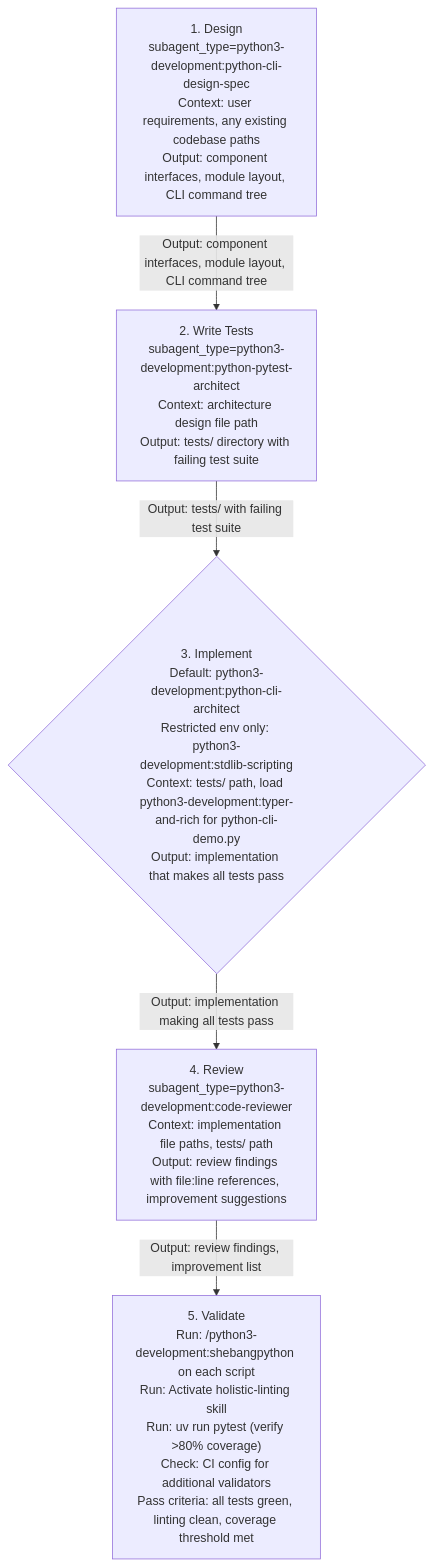
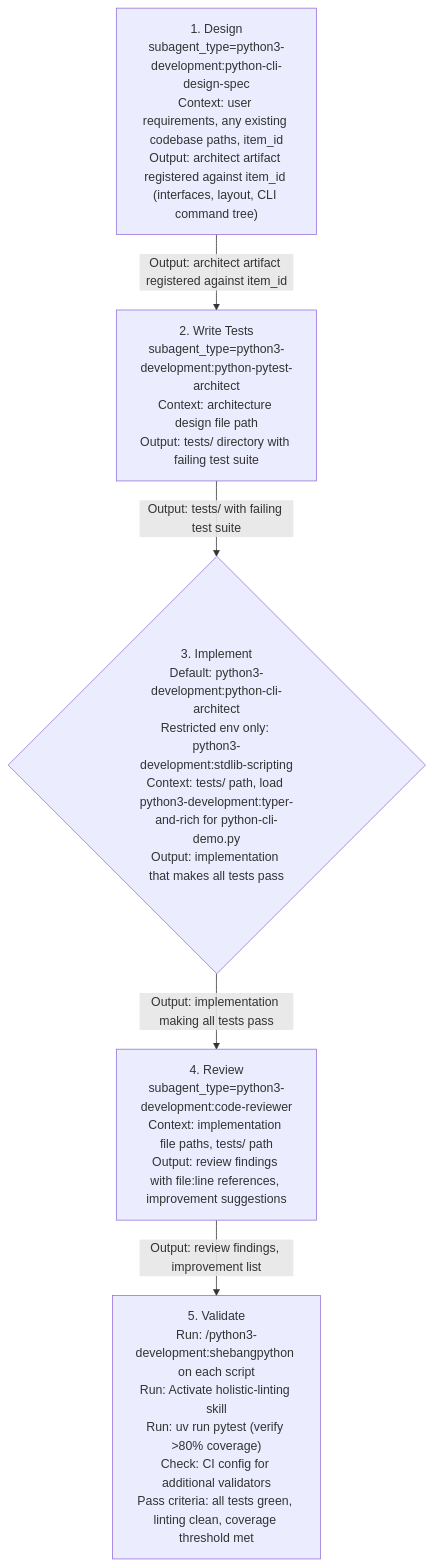
One commit to Jamie-BitFlight/claude_skills changed the first of 6 diagrams in plugins/python3-development/skills/python3-development/references/python-development-orchestration.md. Above: the diagram before and after it, drawn with Mermaid. The commit also changed other lines of this file and 9 other files, not shown here.

First line of the commit message:
fix(python-engineering): resolve item_id before Direct Track architecture-design dispatch (#3193)

````diff
--- a/plugins/python3-development/skills/python3-development/references/python-development-orchestration.md
+++ b/plugins/python3-development/skills/python3-development/references/python-development-orchestration.md
@@ -52,12 +58,12 @@
 ```mermaid
 flowchart TD
-    S1["1. Design<br>subagent_type=python3-development:python-cli-design-spec<br>Context: user requirements, any existing codebase paths<br>Output: component interfaces, module layout, CLI command tree"]
+    S1["1. Design<br>subagent_type=python3-development:python-cli-design-spec<br>Context: user requirements, any existing codebase paths, item_id<br>Output: architect artifact registered against item_id (interfaces, layout, CLI command tree)"]
     S2["2. Write Tests<br>subagent_type=python3-development:python-pytest-architect<br>Context: architecture design file path<br>Output: tests/ directory with failing test suite"]
     S3{"3. Implement<br>Default: python3-development:python-cli-architect<br>Restricted env only: python3-development:stdlib-scripting<br>Context: tests/ path, load python3-development:typer-and-rich for python-cli-demo.py<br>Output: implementation that makes all tests pass"}
     S4["4. Review<br>subagent_type=python3-development:code-reviewer<br>Context: implementation file paths, tests/ path<br>Output: review findings with file:line references, improvement suggestions"]
     S5["5. Validate<br>Run: /python3-development:shebangpython on each script<br>Run: Activate holistic-linting skill<br>Run: uv run pytest (verify >80% coverage)<br>Check: CI config for additional validators<br>Pass criteria: all tests green, linting clean, coverage threshold met"]
-    S1 -->|"Output: component interfaces, module layout, CLI command tree"| S2
+    S1 -->|"Output: architect artifact registered against item_id"| S2
     S2 -->|"Output: tests/ with failing test suite"| S3
     S3 -->|"Output: implementation making all tests pass"| S4
     S4 -->|"Output: review findings, improvement list"| S5
 ```
````
